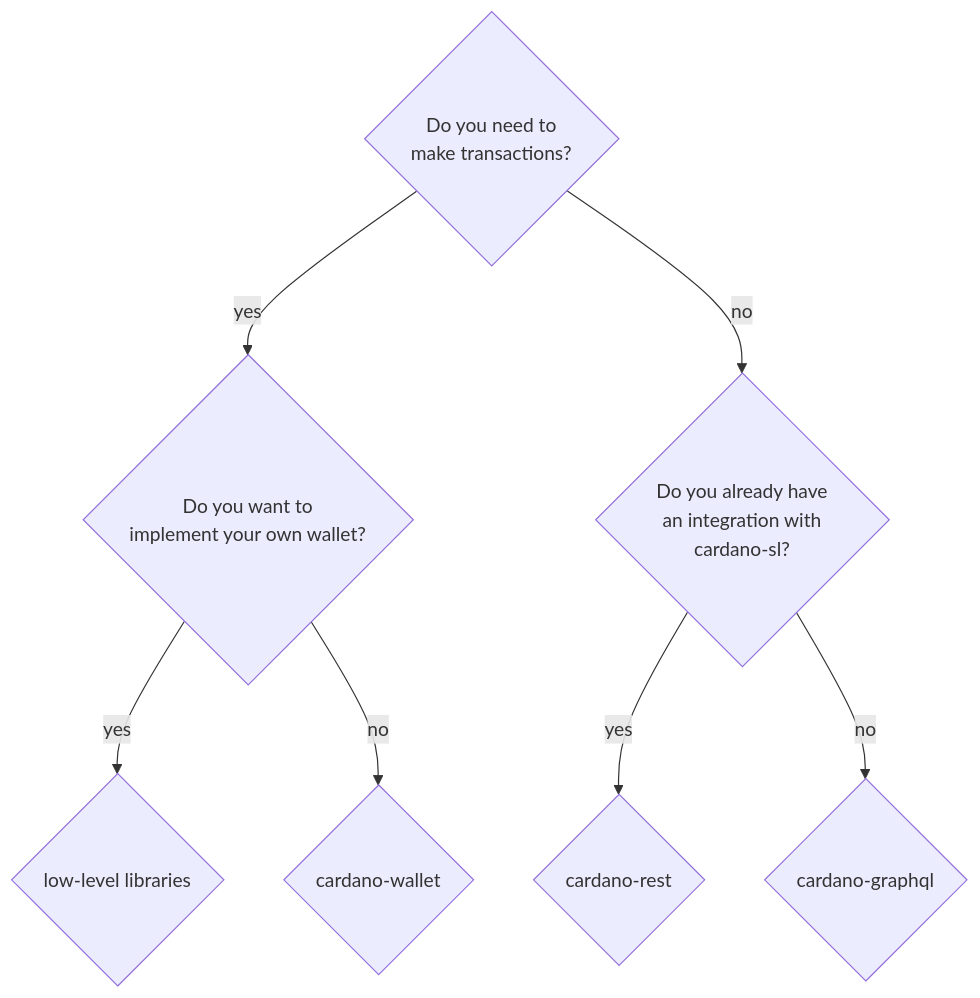
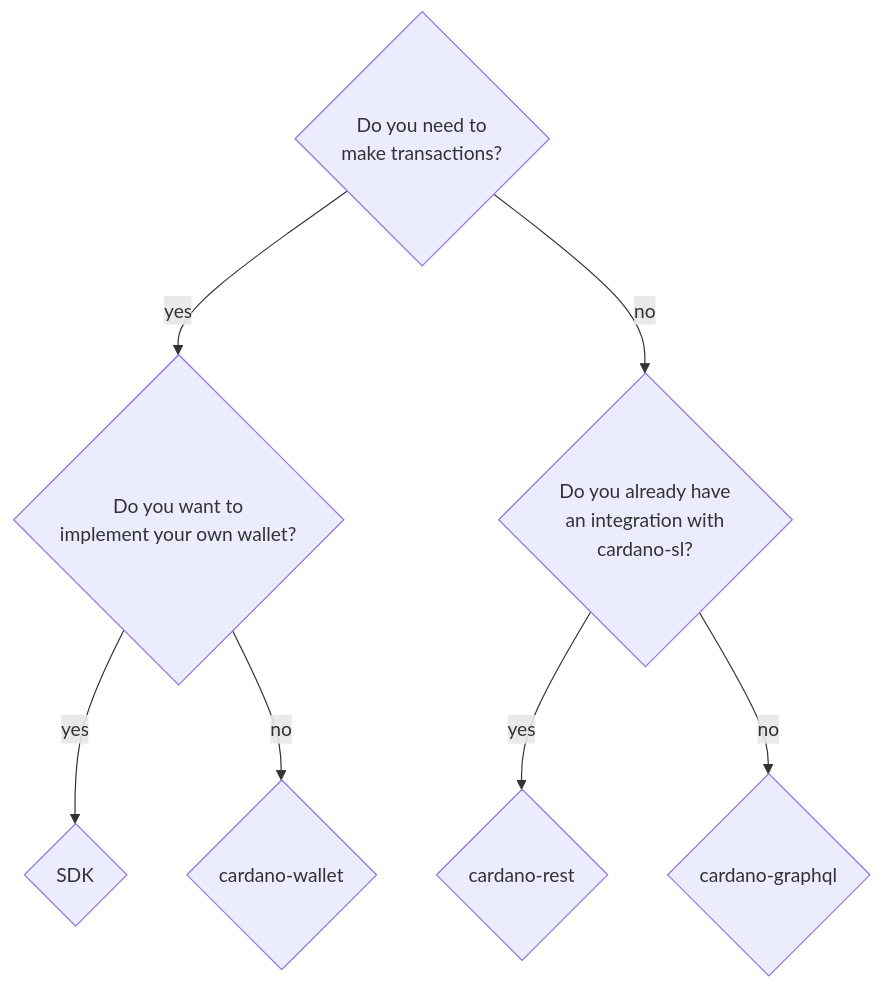
Before and after one commit to input-output-hk/adrestia: the second of 2 diagrams in user-guide/content/docs/architecture.md, drawn with Mermaid. The commit also changed 3 other files, not shown here.

Commit message:
complete missing answer in FAQ + refer to libraries as SDK

```diff
--- a/user-guide/content/docs/architecture.md
+++ b/user-guide/content/docs/architecture.md
@@ -65,18 +65,18 @@
 {{<mermaid>}}
 graph TD
 QMakeTx{Do you need to <br/> make transactions?} 
 QManageUTxO{Do you want to <br/>implement your own wallet?}
 QAlreadyIntegrated{Do you already have<br/>an integration with<br/>cardano-sl?}
 
 GraphQL{cardano-graphql}
 Rest{cardano-rest}
-Libs{low-level libraries}
+SDK{SDK}
 Wallet{cardano-wallet}
 
 QMakeTx-->|yes| QManageUTxO
 QMakeTx-->|no| QAlreadyIntegrated
 QAlreadyIntegrated-->|yes| Rest
 QAlreadyIntegrated-->|no| GraphQL
-QManageUTxO-->|yes| Libs
+QManageUTxO-->|yes| SDK
 QManageUTxO-->|no| Wallet
 {{</mermaid>}}
```
